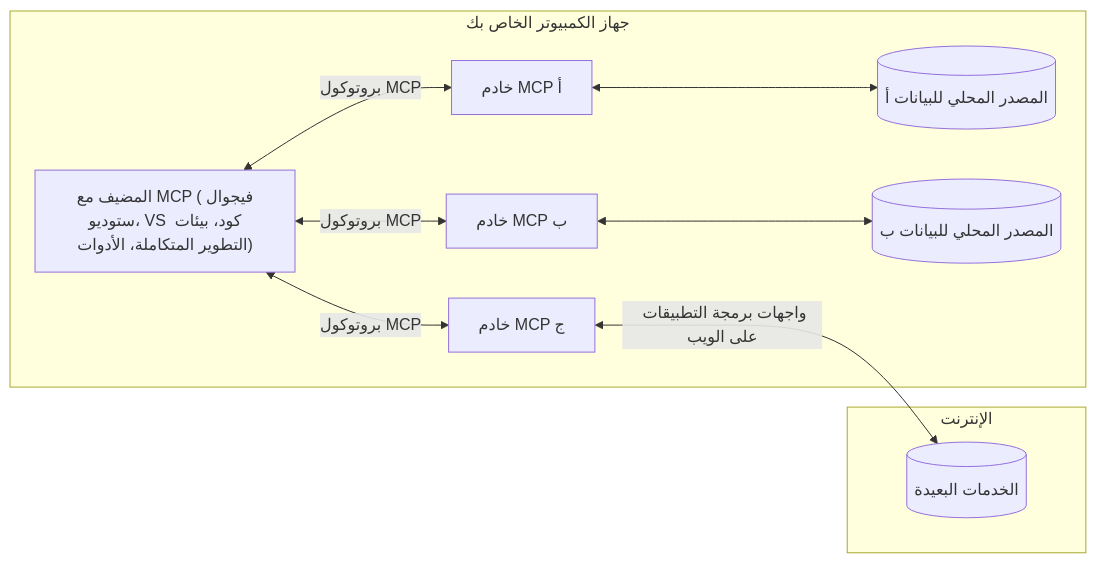
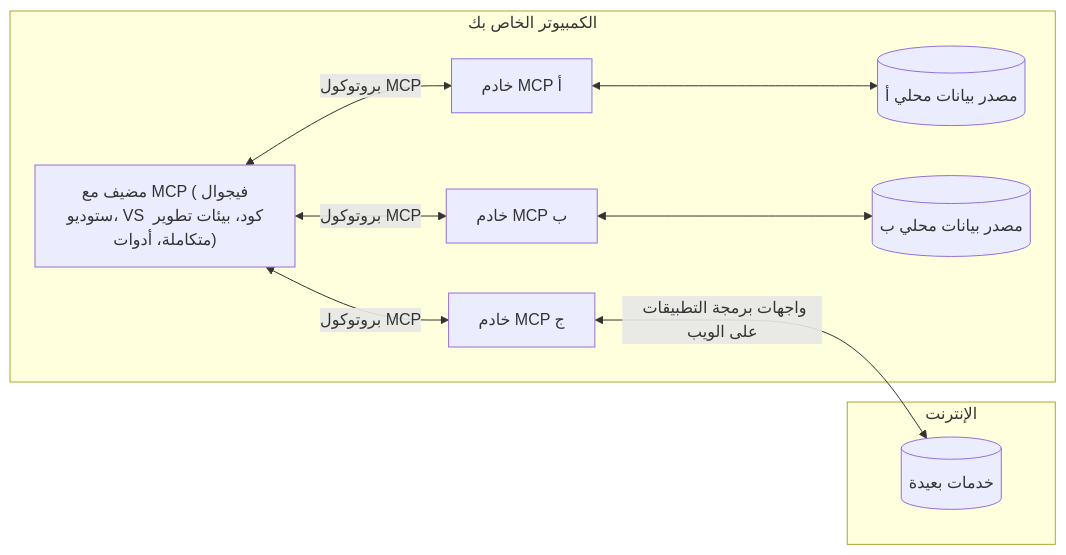
One commit to Mu-L/mcp-for-beginners changed the diagram in translations/ar/01-CoreConcepts/README.md. Above: the diagram before and after it, drawn with Mermaid. The commit also changed other lines of this file and 110 other files, not shown here.

````diff
--- a/translations/ar/01-CoreConcepts/README.md
+++ b/translations/ar/01-CoreConcepts/README.md
@@ -45,17 +45,17 @@
 ```mermaid
 flowchart LR
-    subgraph "جهاز الكمبيوتر الخاص بك"
-        Host["المضيف مع MCP (فيجوال ستوديو، VS كود، بيئات التطوير المتكاملة، الأدوات)"]
+    subgraph "الكمبيوتر الخاص بك"
+        Host["مضيف مع MCP (فيجوال ستوديو، VS كود، بيئات تطوير متكاملة، أدوات)"]
         S1["خادم MCP أ"]
         S2["خادم MCP ب"]
         S3["خادم MCP ج"]
         Host <-->|"بروتوكول MCP"| S1
         Host <-->|"بروتوكول MCP"| S2
         Host <-->|"بروتوكول MCP"| S3
-        S1 <--> D1[("المصدر المحلي للبيانات أ")]
-        S2 <--> D2[("المصدر المحلي للبيانات ب")]
+        S1 <--> D1[("مصدر بيانات محلي أ")]
+        S2 <--> D2[("مصدر بيانات محلي ب")]
     end
     subgraph "الإنترنت"
-        S3 <-->|"واجهات برمجة التطبيقات على الويب"| D3[("الخدمات البعيدة")]
+        S3 <-->|"واجهات برمجة التطبيقات على الويب"| D3[("خدمات بعيدة")]
     end
 ```
````
